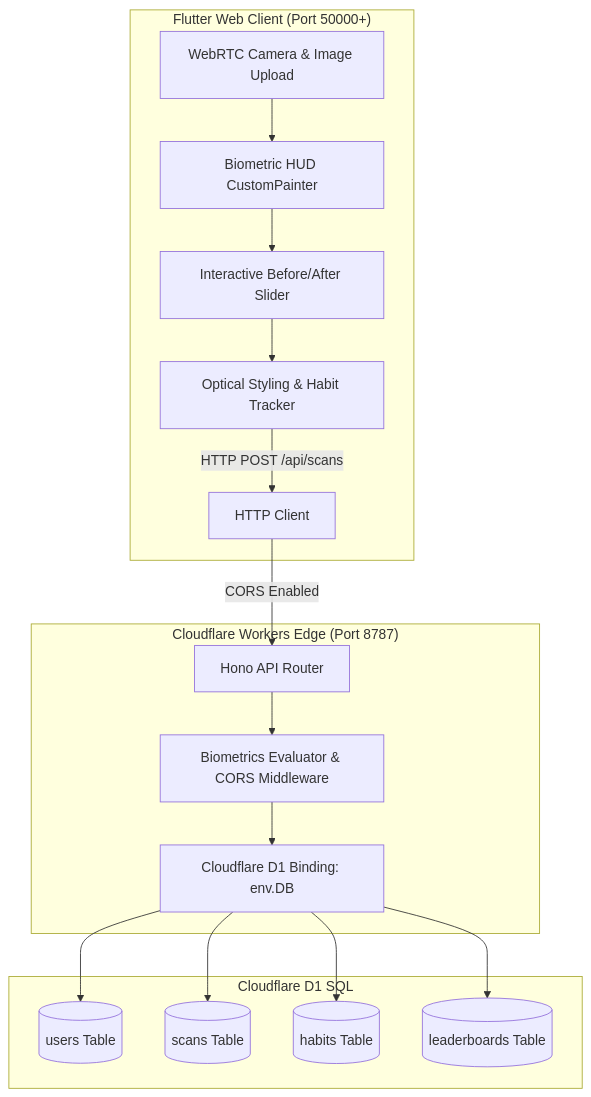
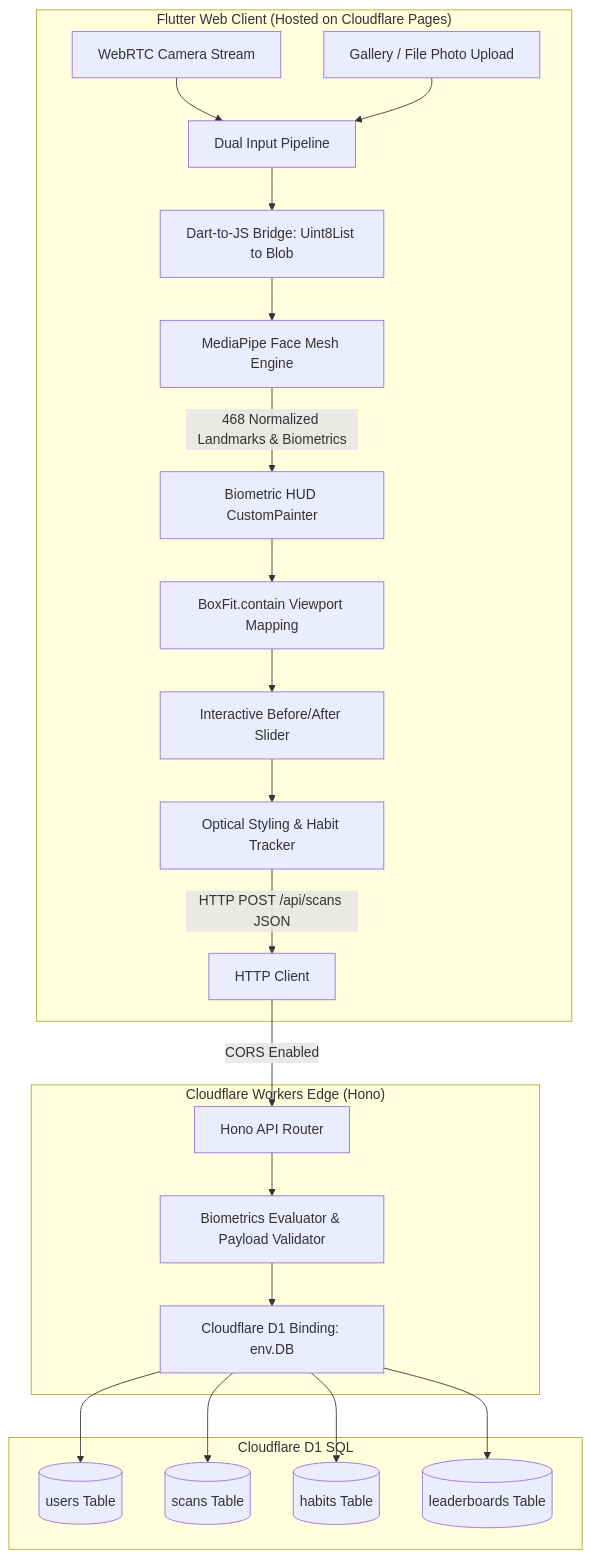
Before and after one commit to Harshitha284/aesthetix-golden-ratio-guide: the diagram in README.md, drawn with Mermaid. The commit also changed other lines of this file, not shown here.

Commit message:
docs: update README with gallery upload, Safari WASM fix, BoxFit.contain, and biometric HUD pipeline

````diff
--- a/README.md
+++ b/README.md
@@ -20,22 +22,27 @@
 ```mermaid
 graph TD
-    subgraph Client["Flutter Web Client (Port 50000+)"]
-        A[WebRTC Camera & Image Upload] --> B[Biometric HUD CustomPainter]
-        B --> C[Interactive Before/After Slider]
-        C --> D[Optical Styling & Habit Tracker]
-        D -->|HTTP POST /api/scans| E[HTTP Client]
+    subgraph Client["Flutter Web Client (Hosted on Cloudflare Pages)"]
+        A1[WebRTC Camera Stream] --> B[Dual Input Pipeline]
+        A2[Gallery / File Photo Upload] --> B
+        B --> C[Dart-to-JS Bridge: Uint8List to Blob]
+        C --> D[MediaPipe Face Mesh Engine]
+        D -->|468 Normalized Landmarks & Biometrics| E[Biometric HUD CustomPainter]
+        E --> F[BoxFit.contain Viewport Mapping]
+        F --> G[Interactive Before/After Slider]
+        G --> H[Optical Styling & Habit Tracker]
+        H -->|HTTP POST /api/scans JSON| I[HTTP Client]
     end
 
-    subgraph Backend["Cloudflare Workers Edge (Port 8787)"]
-        E -->|CORS Enabled| F[Hono API Router]
-        F --> G[Biometrics Evaluator & CORS Middleware]
-        G --> H[Cloudflare D1 Binding: env.DB]
+    subgraph Backend["Cloudflare Workers Edge (Hono)"]
+        I -->|CORS Enabled| J[Hono API Router]
+        J --> K[Biometrics Evaluator & Payload Validator]
+        K --> L[Cloudflare D1 Binding: env.DB]
     end
 
     subgraph Database["Cloudflare D1 SQL"]
-        H --> I[(users Table)]
-        H --> J[(scans Table)]
-        H --> K[(habits Table)]
-        H --> L[(leaderboards Table)]
+        L --> M[(users Table)]
+        L --> N[(scans Table)]
+        L --> O[(habits Table)]
+        L --> P[(leaderboards Table)]
     end
 ```
````
